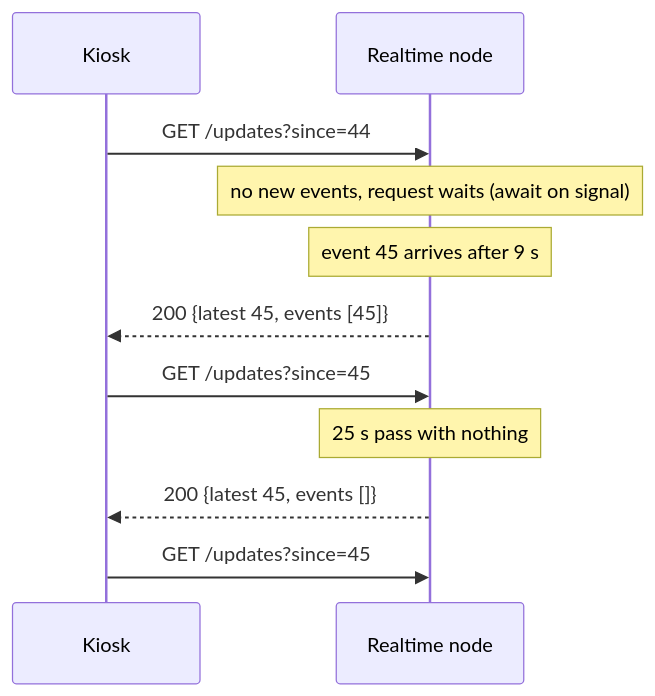
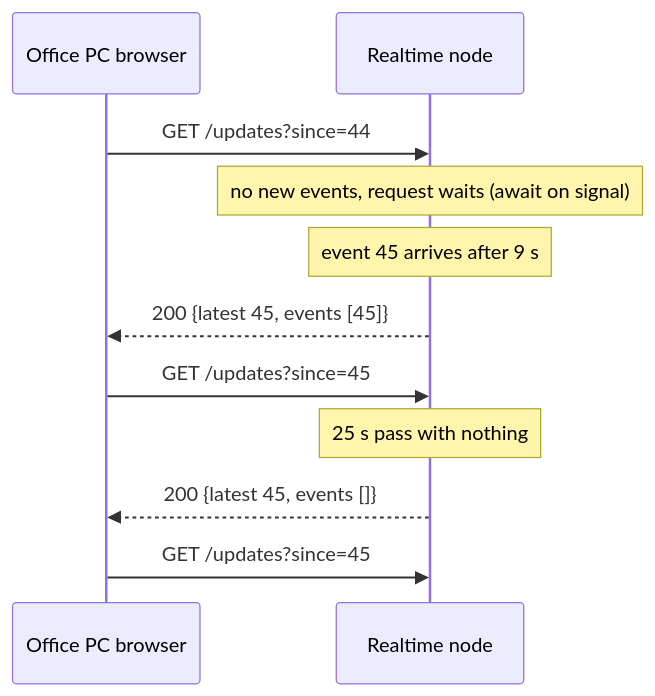
Before and after one commit to rizwi0786/system-design-lab: the third of 4 diagrams in content/lessons/m10/m10-realtime.md, drawn with Mermaid. The commit also changed other lines of this file and 334 other files, not shown here.

````diff
--- a/content/lessons/m10/m10-realtime.md
+++ b/content/lessons/m10/m10-realtime.md
@@ -194,13 +198,13 @@
 ```mermaid
 sequenceDiagram
-    participant K as Kiosk
+    participant K as Office PC browser
     participant S as Realtime node
     K->>S: GET /updates?since=44
     Note over S: no new events, request waits (await on signal)
     Note over S: event 45 arrives after 9 s
     S-->>K: 200 {latest 45, events [45]}
     K->>S: GET /updates?since=45
     Note over S: 25 s pass with nothing
     S-->>K: 200 {latest 45, events []}
     K->>S: GET /updates?since=45
 ```
````
